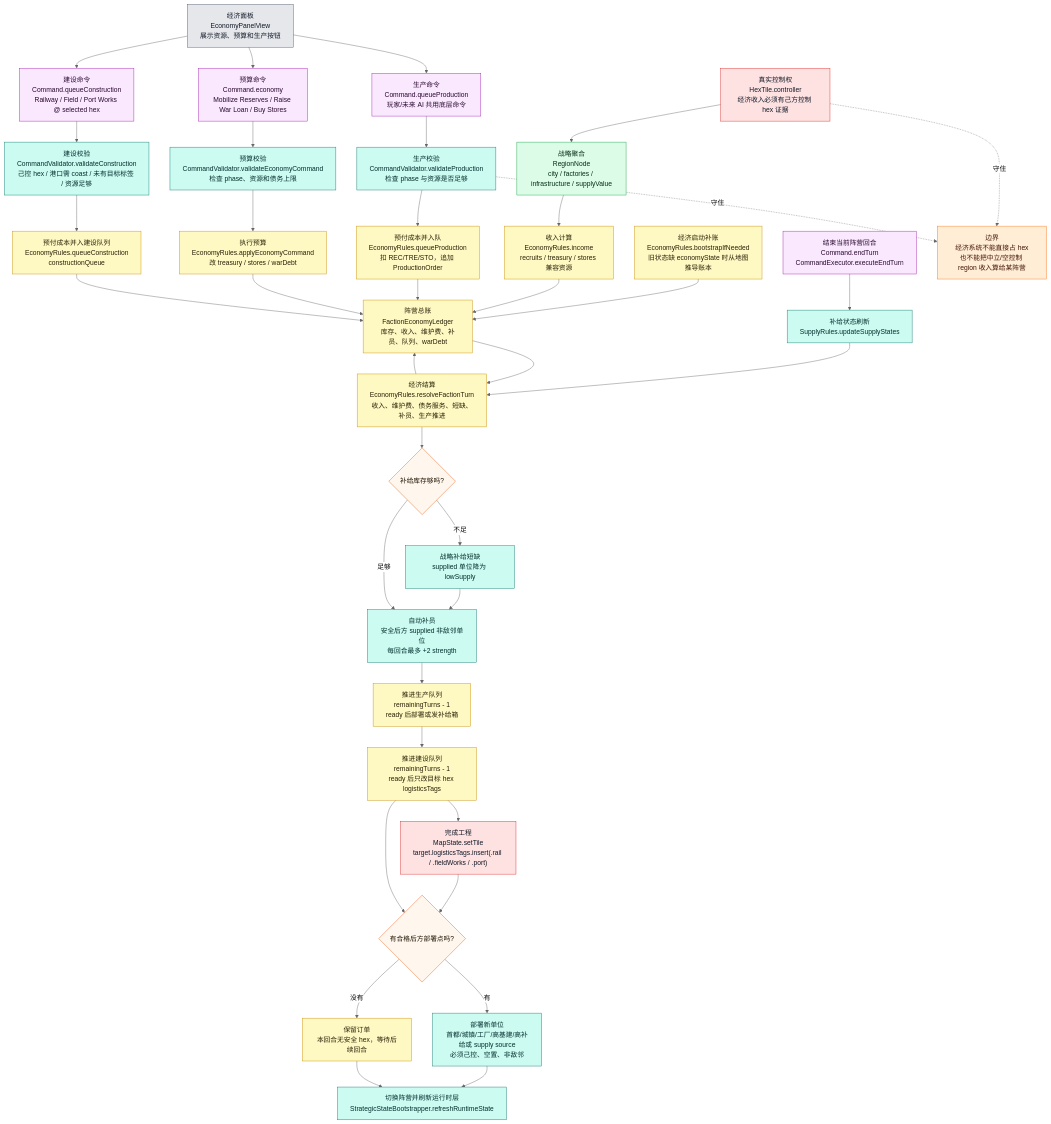
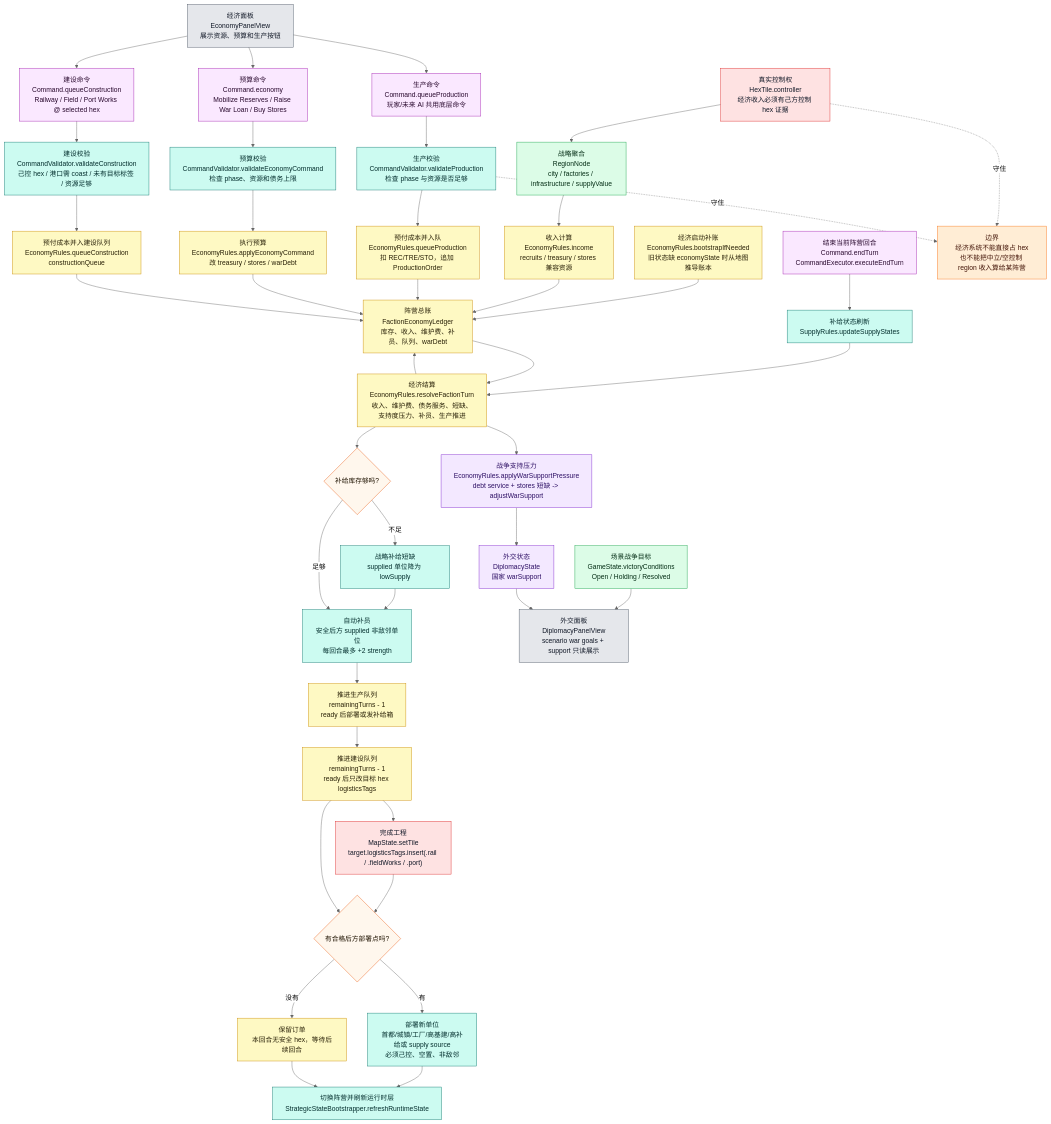
The fourth of 9 diagrams in md/flow/flowchart.md (Altman-sam114/126), drawn with Mermaid (neutral theme) before and after one commit. The commit also changed other lines of this file and 2 other files, not shown here.

Commit message:
docs(log): record war support pressure CI

````diff
--- a/md/flow/flowchart.md
+++ b/md/flow/flowchart.md
@@ -206,63 +207,71 @@
 ```mermaid
 flowchart TD
     BOOT["经济启动补账<br/>EconomyRules.bootstrapIfNeeded<br/>旧状态缺 economyState 时从地图推导账本"]:::economy
     HEX["真实控制权<br/>HexTile.controller<br/>经济收入必须有己方控制 hex 证据"]:::authority
     REGION["战略聚合<br/>RegionNode<br/>city / factories / infrastructure / supplyValue"]:::derived
     INCOME["收入计算<br/>EconomyRules.income<br/>recruits / treasury / stores 兼容资源"]:::economy
     LEDGER["阵营总账<br/>FactionEconomyLedger<br/>库存、收入、维护费、补员、队列、warDebt"]:::economy
 
     UI["经济面板<br/>EconomyPanelView<br/>展示资源、预算和生产按钮"]:::ui
     QUEUE["生产命令<br/>Command.queueProduction<br/>玩家/未来 AI 共用底层命令"]:::command
     VALIDATE["生产校验<br/>CommandValidator.validateProduction<br/>检查 phase 与资源是否足够"]:::rules
     PAY["预付成本并入队<br/>EconomyRules.queueProduction<br/>扣 REC/TRE/STO，追加 ProductionOrder"]:::economy
     BUDGET["预算命令<br/>Command.economy<br/>Mobilize Reserves / Raise War Loan / Buy Stores"]:::command
     BVALID["预算校验<br/>CommandValidator.validateEconomyCommand<br/>检查 phase、资源和债务上限"]:::rules
     APPLYB["执行预算<br/>EconomyRules.applyEconomyCommand<br/>改 treasury / stores / warDebt"]:::economy
     BUILD["建设命令<br/>Command.queueConstruction<br/>Railway / Field / Port Works @ selected hex"]:::command
     BLDVALID["建设校验<br/>CommandValidator.validateConstruction<br/>己控 hex / 港口需 coast / 未有目标标签 / 资源足够"]:::rules
     BLDQUEUE["预付成本并入建设队列<br/>EconomyRules.queueConstruction<br/>constructionQueue"]:::economy
+    DIP["外交状态<br/>DiplomacyState<br/>国家 warSupport"]:::diplomacy
 
     END["结束当前阵营回合<br/>Command.endTurn<br/>CommandExecutor.executeEndTurn"]:::command
     SUPPLY["补给状态刷新<br/>SupplyRules.updateSupplyStates"]:::rules
-    RESOLVE["经济结算<br/>EconomyRules.resolveFactionTurn<br/>收入、维护费、债务服务、短缺、补员、生产推进"]:::economy
+    RESOLVE["经济结算<br/>EconomyRules.resolveFactionTurn<br/>收入、维护费、债务服务、短缺、支持度压力、补员、生产推进"]:::economy
     SHORT{"补给库存够吗?"}:::decision
     LOW["战略补给短缺<br/>supplied 单位降为 lowSupply"]:::rules
+    PRESS["战争支持压力<br/>EconomyRules.applyWarSupportPressure<br/>debt service + stores 短缺 -> adjustWarSupport"]:::diplomacy
     REINF["自动补员<br/>安全后方 supplied 非敌邻单位<br/>每回合最多 +2 strength"]:::rules
     PROD["推进生产队列<br/>remainingTurns - 1<br/>ready 后部署或发补给箱"]:::economy
     CONST["推进建设队列<br/>remainingTurns - 1<br/>ready 后只改目标 hex logisticsTags"]:::economy
     DEPLOY{"有合格后方部署点吗?"}:::decision
     SPAWN["部署新单位<br/>首都/城镇/工厂/高基建/高补给或 supply source<br/>必须己控、空置、非敌邻"]:::rules
     WAIT["保留订单<br/>本回合无安全 hex，等待后续回合"]:::economy
     RAIL["完成工程<br/>MapState.setTile<br/>target.logisticsTags.insert(.rail / .fieldWorks / .port)"]:::authority
     NEXT["切换阵营并刷新运行时层<br/>StrategicStateBootstrapper.refreshRuntimeState"]:::rules
+    DIPUI["外交面板<br/>DiplomacyPanelView<br/>scenario war goals + support 只读展示"]:::ui
+    GOALS["场景战争目标<br/>GameState.victoryConditions<br/>Open / Holding / Resolved"]:::derived
 
     BOOT --> LEDGER
     HEX --> REGION --> INCOME --> LEDGER
     UI --> QUEUE --> VALIDATE --> PAY --> LEDGER
     UI --> BUDGET --> BVALID --> APPLYB --> LEDGER
     UI --> BUILD --> BLDVALID --> BLDQUEUE --> LEDGER
+    GOALS --> DIPUI
+    DIP --> DIPUI
     END --> SUPPLY --> RESOLVE
     LEDGER --> RESOLVE
     RESOLVE --> SHORT
+    RESOLVE --> PRESS --> DIP
     SHORT -->|不足| LOW --> REINF
     SHORT -->|足够| REINF
     REINF --> PROD --> CONST
     CONST --> RAIL --> DEPLOY
     CONST --> DEPLOY
     DEPLOY -->|有| SPAWN --> NEXT
     DEPLOY -->|没有| WAIT --> NEXT
     RESOLVE --> LEDGER
 
     WARN["边界<br/>经济系统不能直接占 hex<br/>也不能把中立/空控制 region 收入算给某阵营"]:::warn
     HEX -.守住.-> WARN
     VALIDATE -.守住.-> WARN
 
     classDef authority fill:#fee2e2,stroke:#dc2626,color:#111827
     classDef derived fill:#dcfce7,stroke:#16a34a,color:#052e16
     classDef economy fill:#fef9c3,stroke:#ca8a04,color:#292107
+    classDef diplomacy fill:#f3e8ff,stroke:#7e22ce,color:#2e1065
     classDef command fill:#fae8ff,stroke:#a21caf,color:#2a0a2f
     classDef rules fill:#ccfbf1,stroke:#0f766e,color:#042f2e
     classDef decision fill:#fff7ed,stroke:#ea580c,color:#1f1300
     classDef ui fill:#e5e7eb,stroke:#4b5563,color:#111827
     classDef warn fill:#ffedd5,stroke:#f97316,color:#431407
 ```
````
